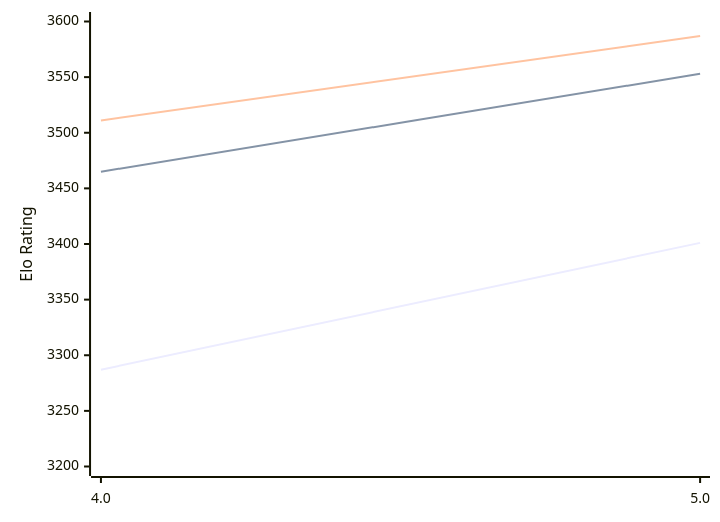
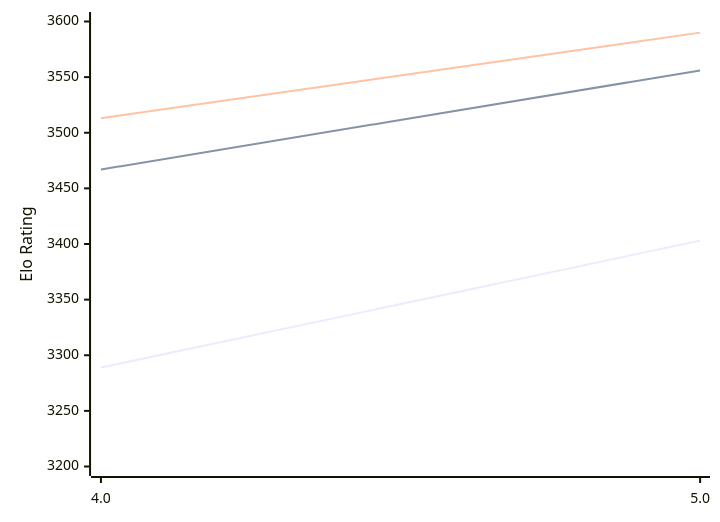
One commit to computer-chess-index/cci changed the diagram in engines/Tarnished.md. Above: the diagram before and after it, drawn with Mermaid. The commit also changed other lines of this file, not shown here.

Commit message:
Update CCI Ratings (ELO VLTC) - 2026-02-13

````diff
--- a/engines/Tarnished.md
+++ b/engines/Tarnished.md
@@ -33,9 +33,9 @@
 ```mermaid
 %%{init: {"theme":"base","themeVariables":{"seriesColors:['#a3a3a3','#222221','#faa371']}}}%%
 xychart-beta
   x-axis ["4.0", "5.0"]
   y-axis "Elo Rating" 3200 --> 3600
-  line "STC (8.0+0.08s)" [3287, 3401]
-  line "LTC (60.0+0.60s)" [3465, 3553]
-  line "VLTC (2m24s+1.12s)" [3511, 3587]
+  line "STC (8.0+0.08s)" [3289, 3403]
+  line "LTC (60.0+0.60s)" [3467, 3556]
+  line "VLTC (2m24s+1.12s)" [3513, 3590]
 ```
````
